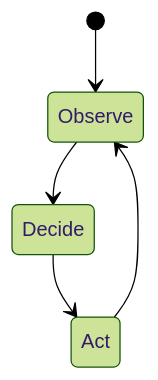
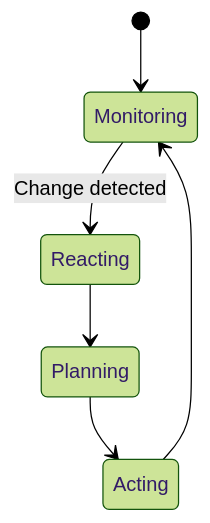
Before and after one commit to m-rizqinovniari/agentic-handbook: the third of 5 diagrams in docusaurus/docs/part-1/chapter-1.md, drawn with Mermaid (forest theme). The commit also changed other lines of this file and 19 other files, not shown here.

````diff
--- a/docusaurus/docs/part-1/chapter-1.md
+++ b/docusaurus/docs/part-1/chapter-1.md
@@ -144,7 +188,8 @@
 ```mermaid
 stateDiagram-v2
-    [*] --> Observe
-    Observe --> Decide
-    Decide --> Act
-    Act --> Observe
+    [*] --> Monitoring
+    Monitoring --> Reacting: Change detected
+    Reacting --> Planning
+    Planning --> Acting
+    Acting --> Monitoring
 ```
````
